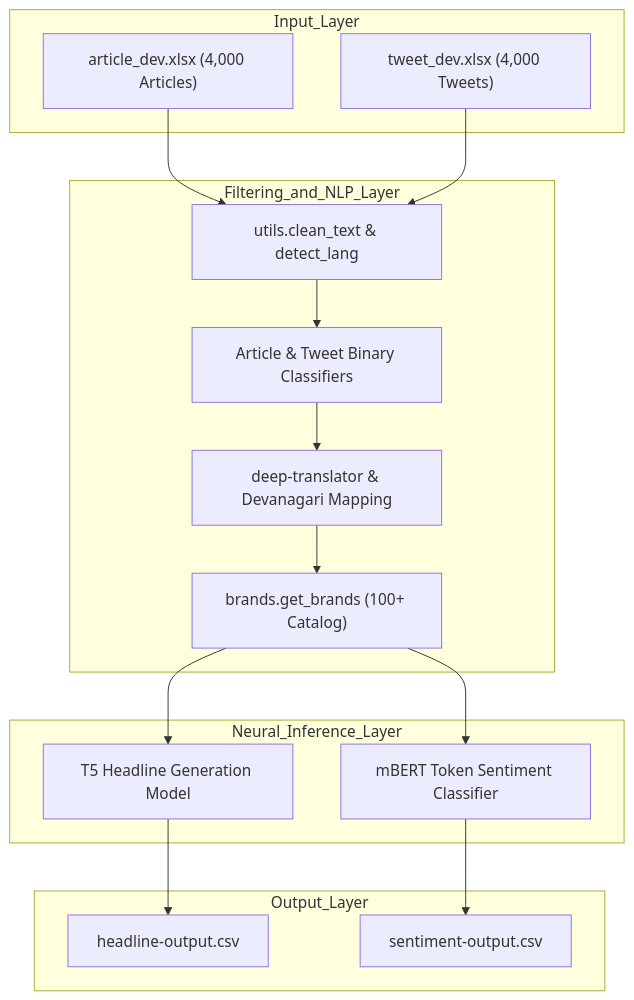
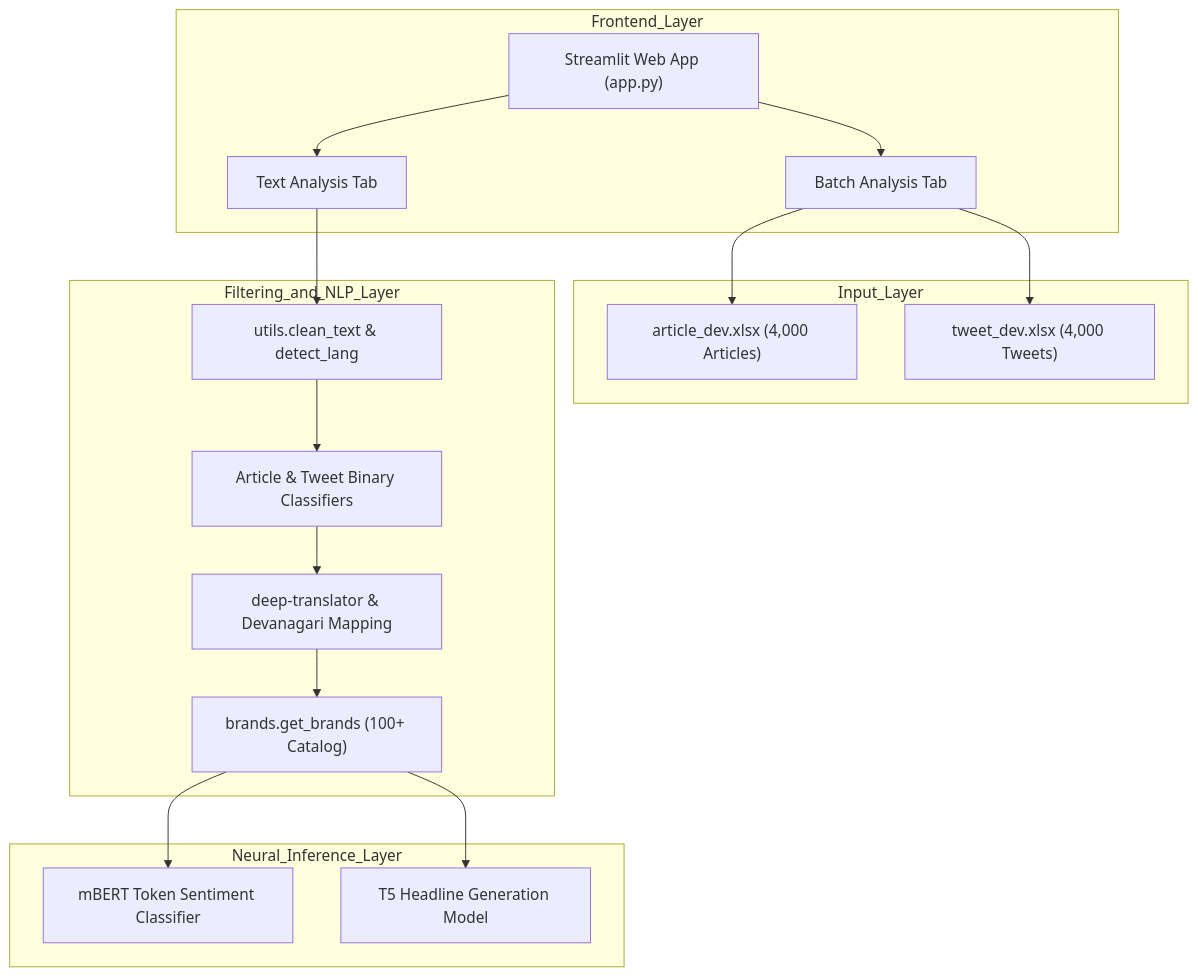
Before and after one commit to Kritvi0208/BrandPulse: the third of 3 diagrams in README.md, drawn with Mermaid. The commit also changed other lines of this file and 4 other files, not shown here.

Commit message:
Fix backend imports and add Streamlit web app with custom theme

````diff
--- a/README.md
+++ b/README.md
@@ -81,34 +98,36 @@
 ```mermaid
 flowchart TD
+    subgraph Frontend_Layer
+        APP["Streamlit Web App (app.py)"]
+        UI1["Text Analysis Tab"]
+        UI2["Batch Analysis Tab"]
+    end
+
     subgraph Input_Layer
         D1["article_dev.xlsx (4,000 Articles)"]
         D2["tweet_dev.xlsx (4,000 Tweets)"]
     end
     
     subgraph Filtering_and_NLP_Layer
         PRE["utils.clean_text & detect_lang"]
         BC["Article & Tweet Binary Classifiers"]
         TR["deep-translator & Devanagari Mapping"]
         BR["brands.get_brands (100+ Catalog)"]
     end
     
     subgraph Neural_Inference_Layer
         SENT["mBERT Token Sentiment Classifier"]
         HEAD["T5 Headline Generation Model"]
     end
     
-    subgraph Output_Layer
-        O1["headline-output.csv"]
-        O2["sentiment-output.csv"]
-    end
-    
-    D1 --> PRE
-    D2 --> PRE
+    APP --> UI1
+    APP --> UI2
+    UI1 --> PRE
+    UI2 --> D1
+    UI2 --> D2
     PRE --> BC
     BC --> TR
     TR --> BR
     BR --> SENT
     BR --> HEAD
-    SENT --> O2
-    HEAD --> O1
 ```
````
